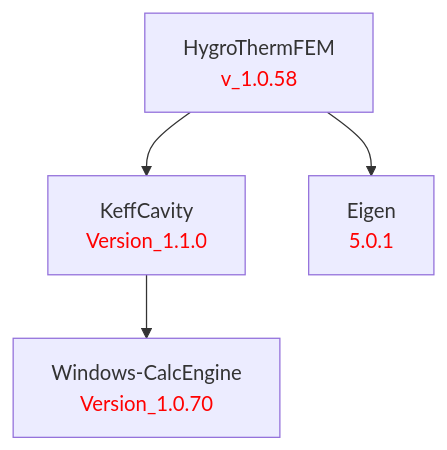
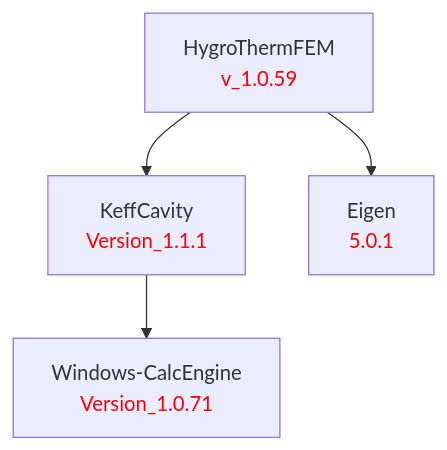
The diagram in doc/HygroThermFEM.md (LBNL-ETA/HygroThermFEM), drawn with Mermaid before and after one commit. The commit also changed 4 other files, not shown here.

````diff
--- a/doc/HygroThermFEM.md
+++ b/doc/HygroThermFEM.md
@@ -1,13 +1,13 @@
 ```mermaid
 graph TD
     %% Package definitions
-    HygroThermFEM[HygroThermFEM<br/><font color='red'>v_1.0.58</font>]
-    KeffCavity[KeffCavity<br/><font color='red'>Version_1.1.0</font>]
+    HygroThermFEM[HygroThermFEM<br/><font color='red'>v_1.0.59</font>]
+    KeffCavity[KeffCavity<br/><font color='red'>Version_1.1.1</font>]
     Eigen[Eigen<br/><font color='red'>5.0.1</font>]
-    WindowsCalcEngine[Windows-CalcEngine<br/><font color='red'>Version_1.0.70</font>]
+    WindowsCalcEngine[Windows-CalcEngine<br/><font color='red'>Version_1.0.71</font>]
 
     %% Package relations
     HygroThermFEM --> KeffCavity
     HygroThermFEM --> Eigen
     KeffCavity --> WindowsCalcEngine
 ```
````
